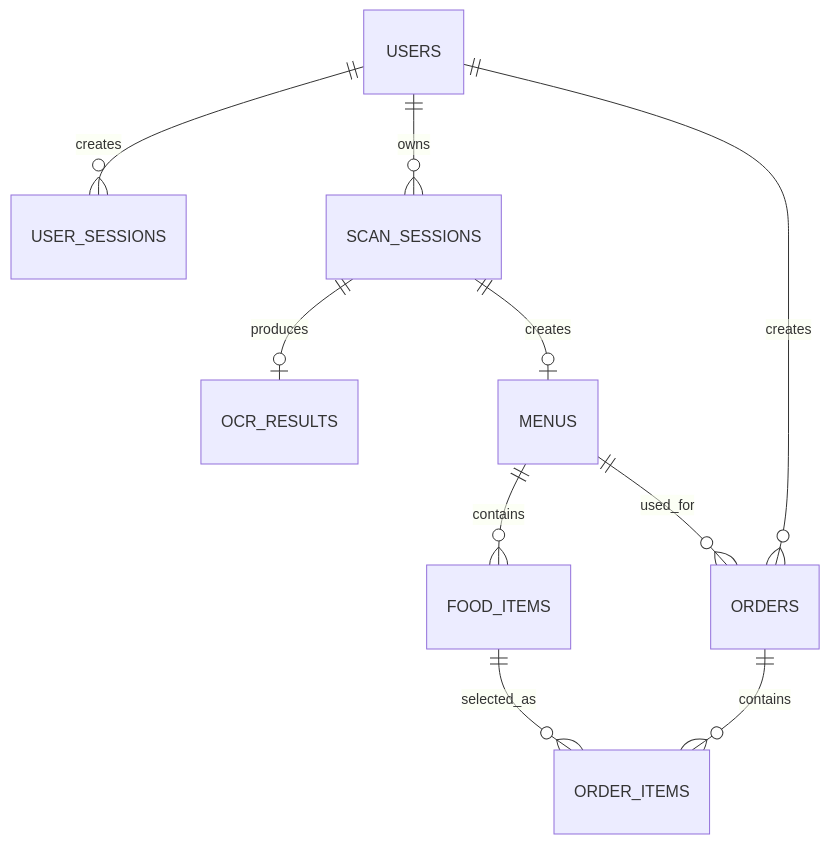
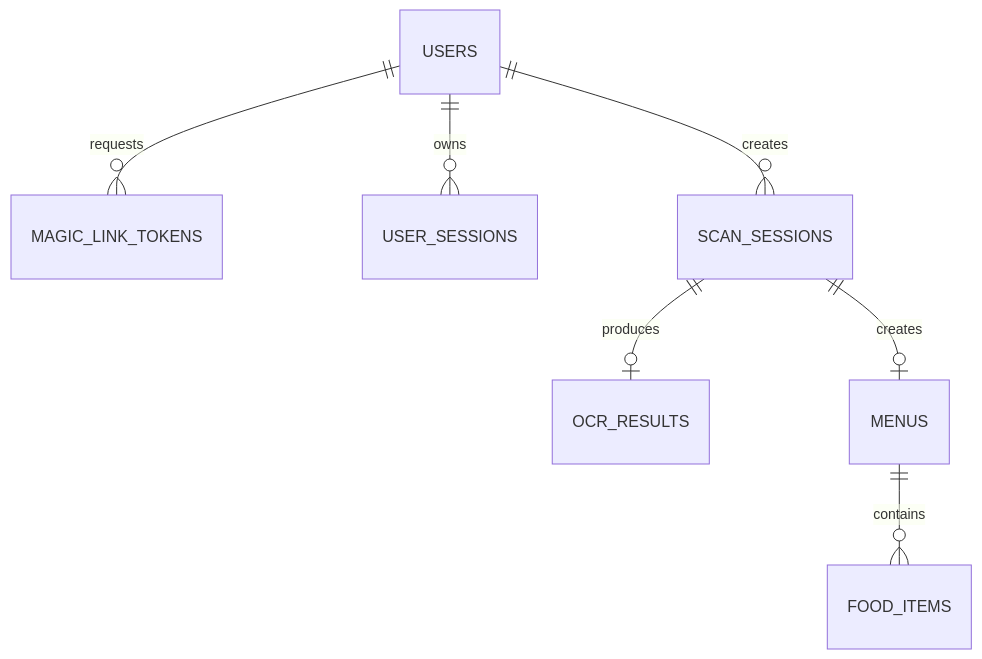
One commit to DACNPMTT/MenuScan changed the diagram in doc/content/specification/database.md. Above: the diagram before and after it, drawn with Mermaid. The commit also changed other lines of this file and 8 other files, not shown here.

````diff
--- a/doc/content/specification/database.md
+++ b/doc/content/specification/database.md
@@ -30,16 +21,9 @@
 ```mermaid
 erDiagram
-    USERS ||--o{ USER_SESSIONS : creates
-    USERS ||--o{ SCAN_SESSIONS : owns
-    USERS ||--o{ ORDERS : creates
-
+    USERS ||--o{ MAGIC_LINK_TOKENS : requests
+    USERS ||--o{ USER_SESSIONS : owns
+    USERS ||--o{ SCAN_SESSIONS : creates
     SCAN_SESSIONS ||--o| OCR_RESULTS : produces
     SCAN_SESSIONS ||--o| MENUS : creates
-
     MENUS ||--o{ FOOD_ITEMS : contains
-    MENUS ||--o{ ORDERS : used_for
-
-    FOOD_ITEMS ||--o{ ORDER_ITEMS : selected_as
-
-    ORDERS ||--o{ ORDER_ITEMS : contains
 ```
````
